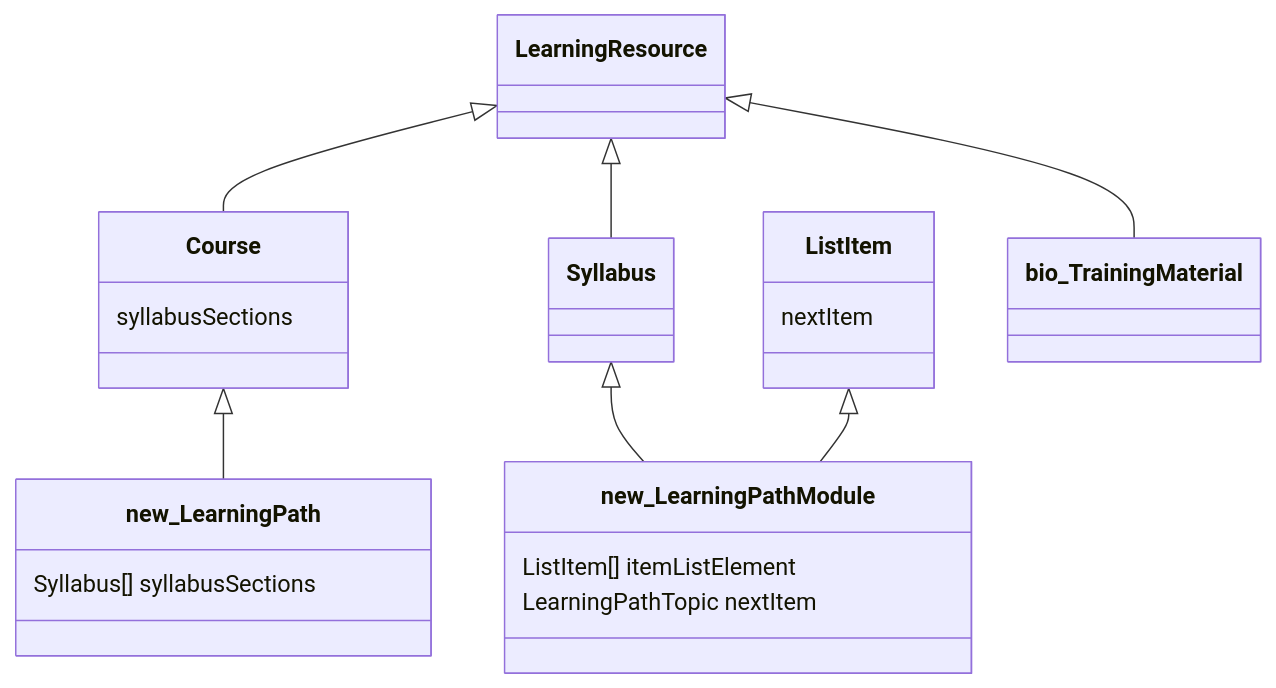
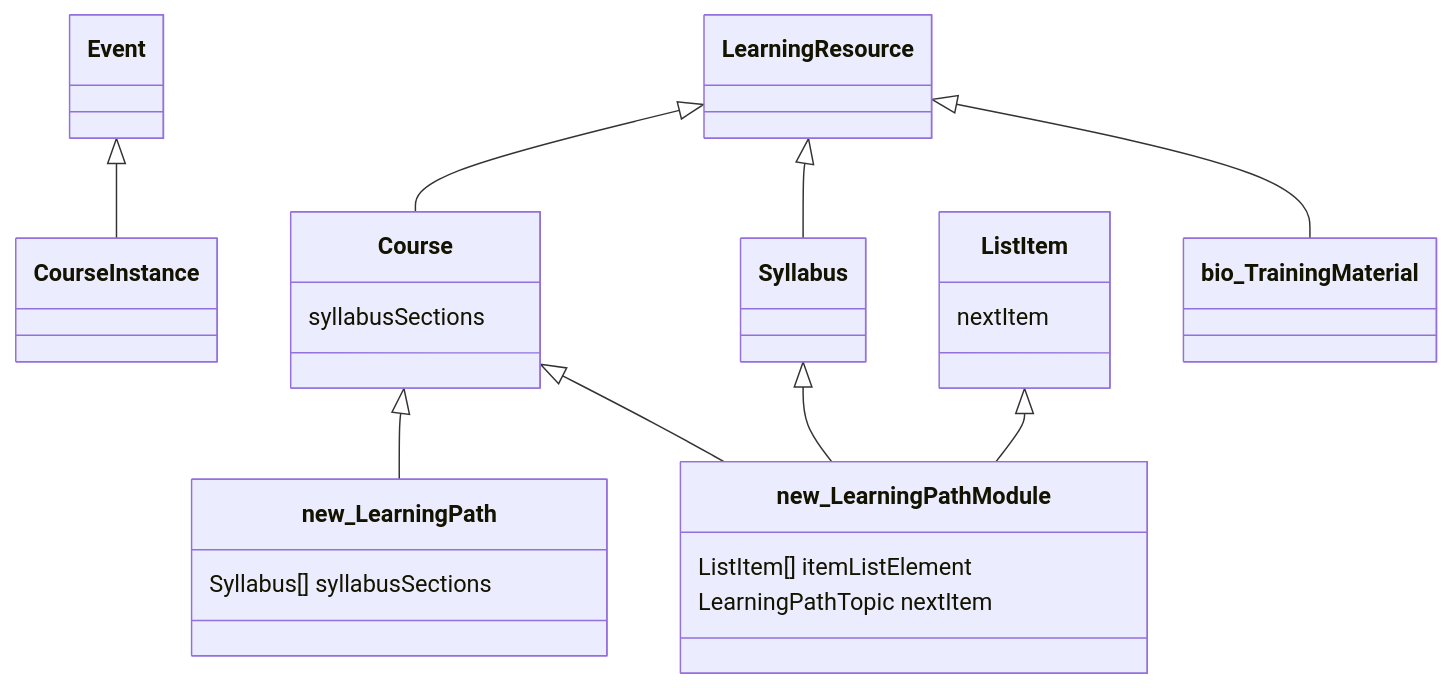
The third of 4 diagrams in README.md (BioSchemas/LearningPath-sandbox), drawn with Mermaid before and after one commit. The commit also changed other lines of this file and 4 other files, not shown here.

````diff
--- a/README.md
+++ b/README.md
@@ -124,29 +245,35 @@
 ```mermaid
 classDiagram
 direction TB
+    class Event {
+    }
+    class CourseInstance {
+    }
     class Course {
         syllabusSections
     }
     class new_LearningPath {
         Syllabus[] syllabusSections
     }
     class ListItem {
 	    nextItem
     }
     class Syllabus {   
     }
     class new_LearningPathModule {
         ListItem[] itemListElement
         LearningPathTopic nextItem
     }
     class LearningResource {
     }
     class bio_TrainingMaterial {
     }
     Course <|-- new_LearningPath
+    Course <|-- new_LearningPathModule
     Syllabus <|-- new_LearningPathModule
     ListItem <|-- new_LearningPathModule
     LearningResource <|-- Course
     LearningResource <|-- bio_TrainingMaterial
     LearningResource <|-- Syllabus
+    Event <|-- CourseInstance
 ```
````
